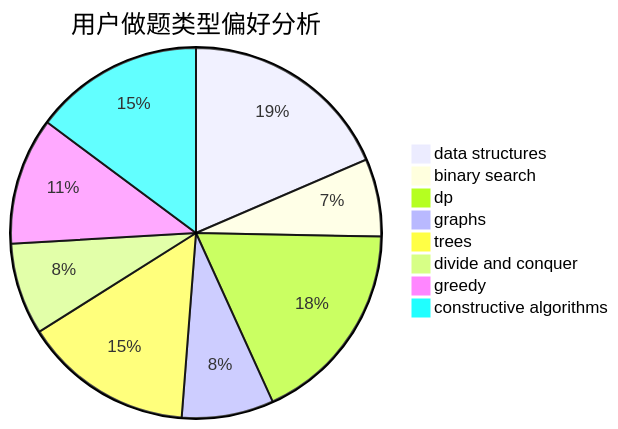
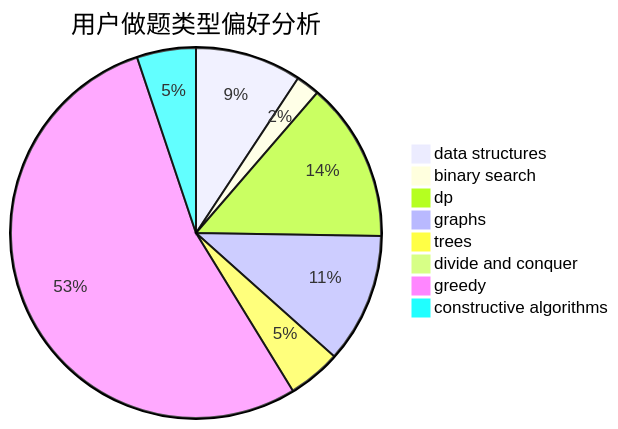
One commit to sherpahu/cfrs.github.io changed the second of 3 diagrams in docs/user/u2189.md. Above: the diagram before and after it, drawn with Mermaid. The commit also changed other lines of this file and 2770 other files, not shown here.

````diff
--- a/docs/user/u2189.md
+++ b/docs/user/u2189.md
@@ -23,11 +23,11 @@
 ```mermaid
 pie title 用户做题类型偏好分析
-    "data structures" :  30
-    "binary search" :  11
-    "dp" :  29
-    "graphs" :  13
-    "trees" :  24
-    "divide and conquer" :  13
-    "greedy" :  18
-    "constructive algorithms" :  24
+    "data structures" :  18
+    "binary search" :  4
+    "dp" :  27
+    "graphs" :  22
+    "trees" :  9
+    "divide and conquer" :  1
+    "greedy" :  104
+    "constructive algorithms" :  10
 ```
````
